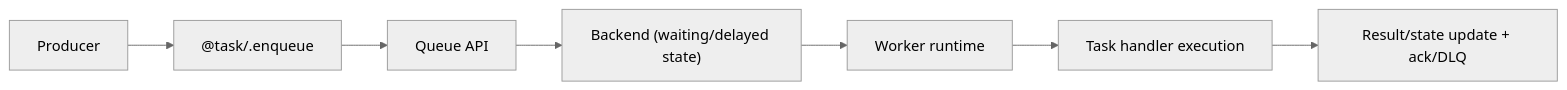
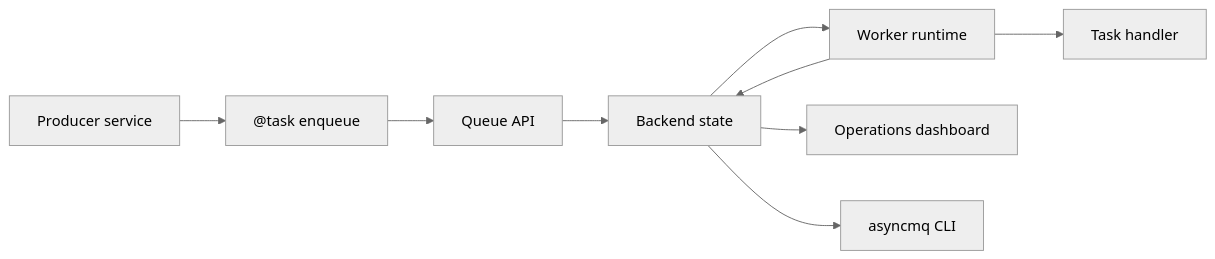
One commit to dymmond/asyncmq changed the diagram in docs/en/docs/index.md. Above: the diagram before and after it, drawn with Mermaid (neutral theme). The commit also changed other lines of this file and 1 other file, not shown here.

````diff
--- a/docs/en/docs/index.md
+++ b/docs/en/docs/index.md
@@ -67,9 +198,11 @@
 ```mermaid
 flowchart LR
-    A["Producer"] --> B["@task/.enqueue"]
-    B --> C["Queue API"]
-    C --> D["Backend (waiting/delayed state)"]
-    D --> E["Worker runtime"]
-    E --> F["Task handler execution"]
-    F --> G["Result/state update + ack/DLQ"]
+    Producer["Producer service"] --> Task["@task enqueue"]
+    Task --> Queue["Queue API"]
+    Queue --> Backend["Backend state"]
+    Backend --> Worker["Worker runtime"]
+    Worker --> Handler["Task handler"]
+    Worker --> Backend
+    Backend --> Dashboard["Operations dashboard"]
+    Backend --> CLI["asyncmq CLI"]
 ```
````
